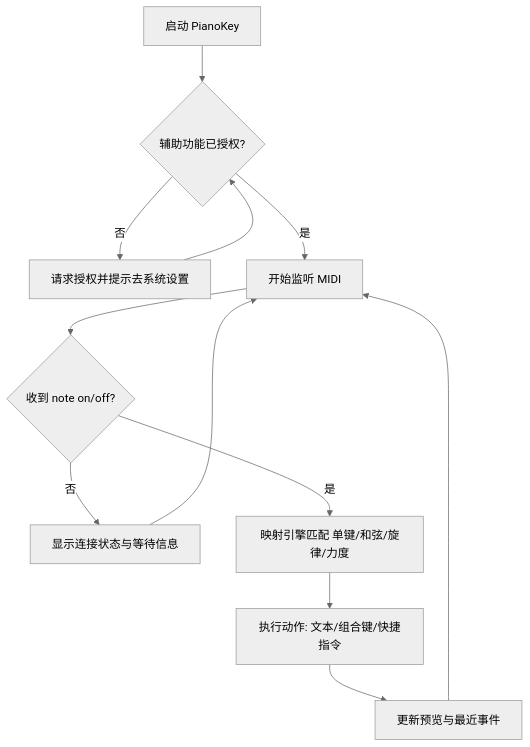
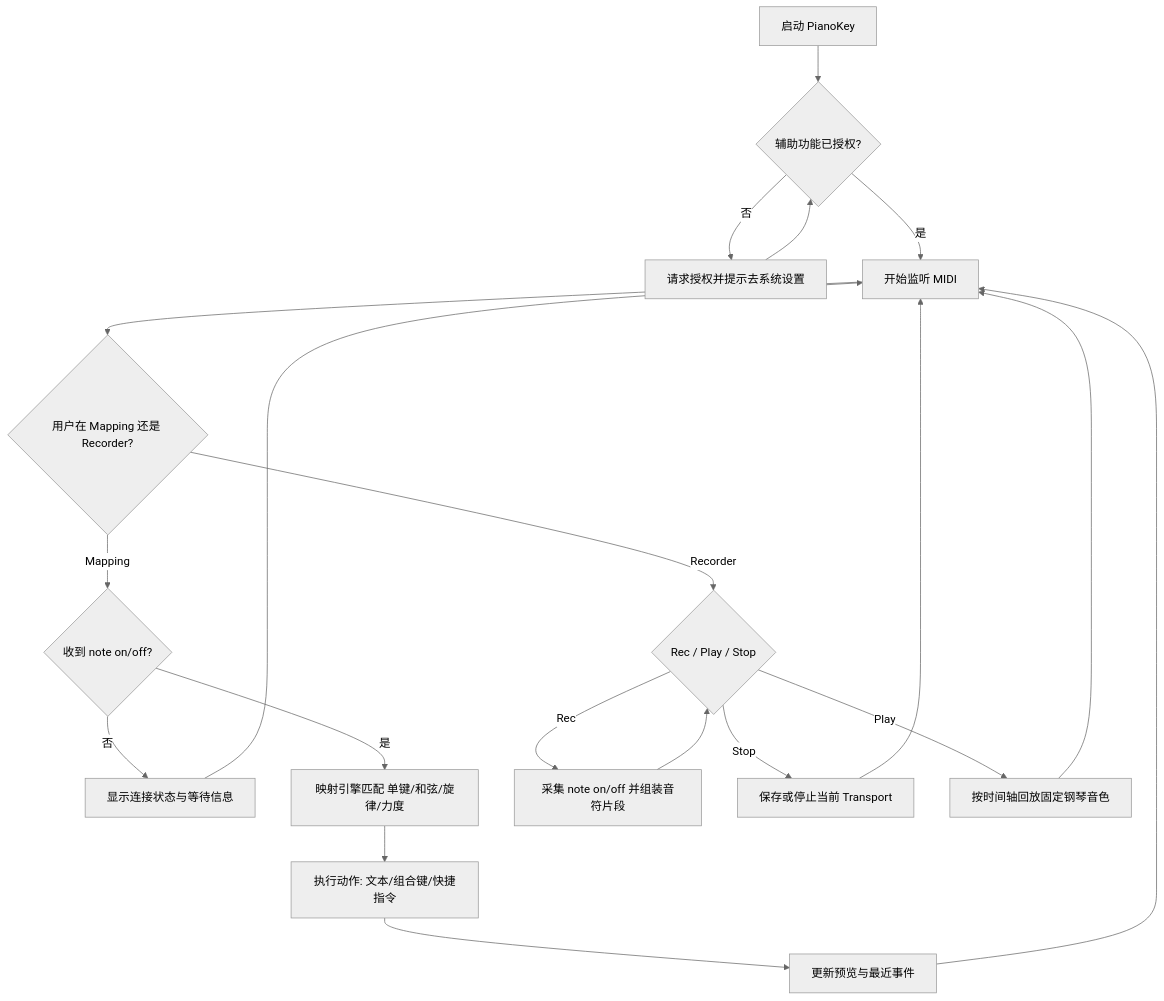
One commit to chiimagnus/LonelyPianist changed the diagram in .github/docs/business-logic.md. Above: the diagram before and after it, drawn with Mermaid (neutral theme). The commit also changed other lines of this file and 1 other file, not shown here.

Commit message:
docs: task16 - update recorder docs and business logic

````diff
--- a/.github/docs/business-logic.md
+++ b/.github/docs/business-logic.md
@@ -26,14 +30,22 @@
 ```mermaid
 flowchart TD
     A[启动 PianoKey] --> B{辅助功能已授权?}
     B -- 否 --> C[请求授权并提示去系统设置]
     C --> B
     B -- 是 --> D[开始监听 MIDI]
-    D --> E{收到 note on/off?}
-    E -- 否 --> F[显示连接状态与等待信息]
-    F --> D
-    E -- 是 --> G[映射引擎匹配 单键/和弦/旋律/力度]
-    G --> H[执行动作: 文本/组合键/快捷指令]
-    H --> I[更新预览与最近事件]
-    I --> D
+    D --> E{用户在 Mapping 还是 Recorder?}
+    E -- Mapping --> F{收到 note on/off?}
+    F -- 否 --> G[显示连接状态与等待信息]
+    G --> D
+    F -- 是 --> H[映射引擎匹配 单键/和弦/旋律/力度]
+    H --> I[执行动作: 文本/组合键/快捷指令]
+    I --> J[更新预览与最近事件]
+    J --> D
+    E -- Recorder --> K{Rec / Play / Stop}
+    K -- Rec --> L[采集 note on/off 并组装音符片段]
+    L --> K
+    K -- Stop --> M[保存或停止当前 Transport]
+    M --> D
+    K -- Play --> N[按时间轴回放固定钢琴音色]
+    N --> D
 ```
````
